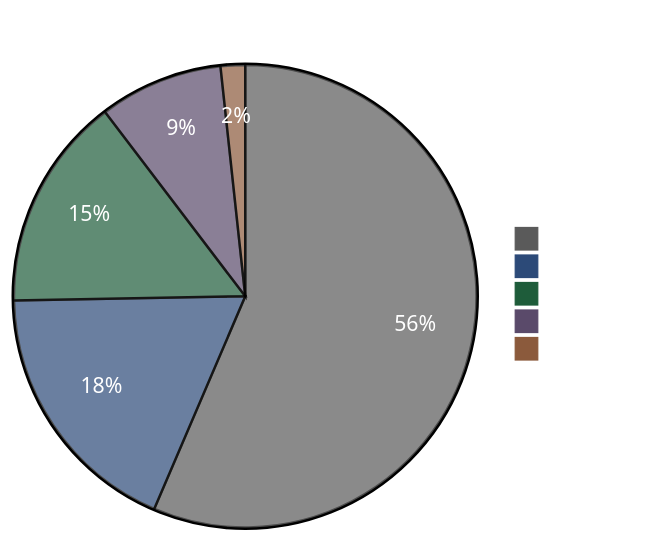
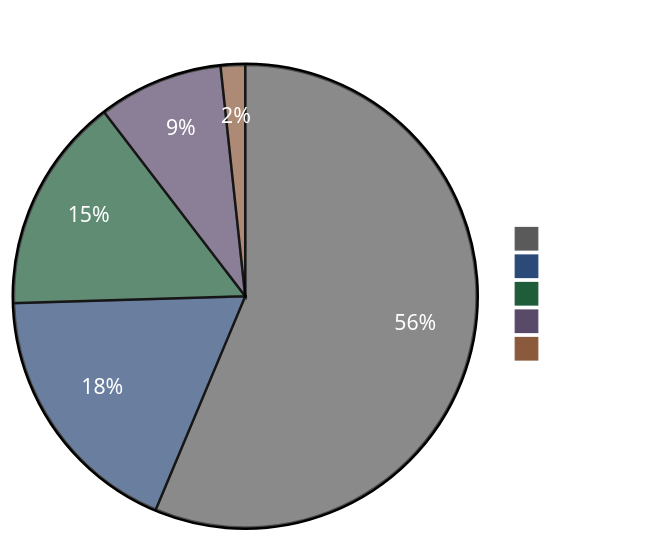
The diagram in README.md (ccmeteorljh/reco-arxiv-daily), drawn with Mermaid before and after one commit. The commit also changed other lines of this file and 7 other files, not shown here.

````diff
--- a/README.md
+++ b/README.md
@@ -6,19 +6,19 @@
 ```mermaid
 %%{init: {'theme':'base', 'themeVariables': {
   'pie1':'#5a5a5a',
   'pie2':'#2c4a78',
   'pie3':'#1e5c3a',
   'pie4':'#5a4a6a',
   'pie5':'#8b5a3c',
   'pieTitleTextColor':'#ffffff',
   'pieSectionTextColor':'#ffffff',
   'pieLegendTextColor':'#ffffff'
 }}}%%
 pie showData
 title Paper Distribution by Tag
-  "Other" : 627
+  "Other" : 628
   "LLM" : 203
-  "GR" : 166
-  "Seq" : 96
+  "GR" : 168
+  "Seq" : 97
   "Scaling" : 19
 ```
````
